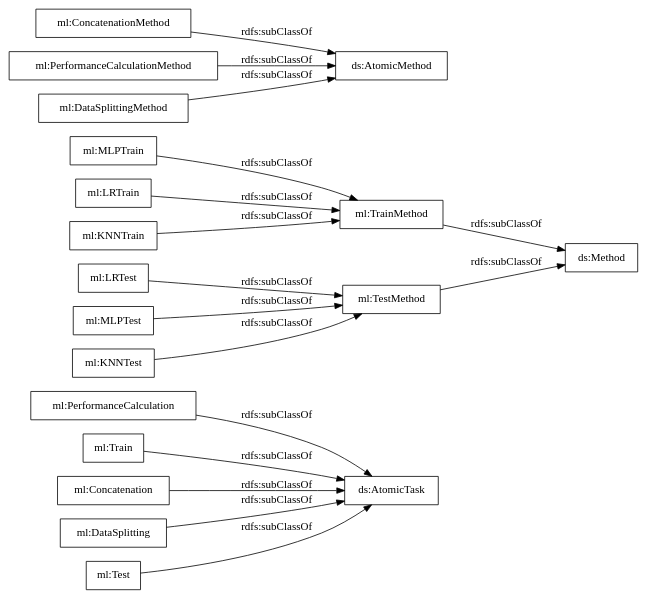
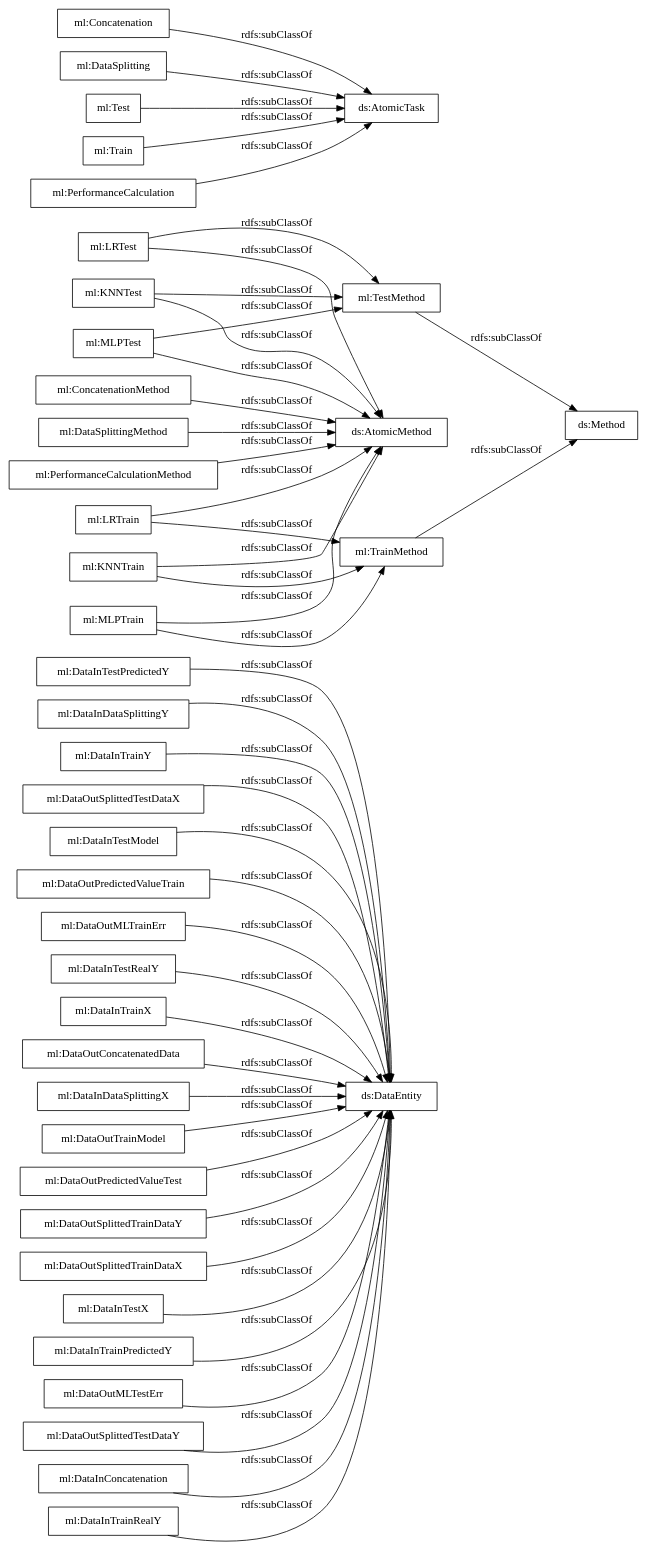
The diagram in OnToology/ml_exeKGOntology.ttl/diagrams/ar2dtool-taxonomy/ml_exeKGOntology.ttl.png.dot (nsai-uio/ExeKGOntology), drawn with Graphviz before and after one commit. The commit also changed 74 other files, not shown here.

```diff
--- a/OnToology/ml_exeKGOntology.ttl/diagrams/ar2dtool-taxonomy/ml_exeKGOntology.ttl.png.dot
+++ b/OnToology/ml_exeKGOntology.ttl/diagrams/ar2dtool-taxonomy/ml_exeKGOntology.ttl.png.dot
@@ -1,22 +1,49 @@
 digraph ar2dtool_diagram { 
 rankdir=LR;
 size="1000"
-node [shape = rectangle, color="black"]; "ml:PerformanceCalculation" "ml:TestMethod" "ml:LRTest" "ml:MLPTest" "ml:MLPTrain" "ml:KNNTest" "ml:TrainMethod" "ml:Train" "ml:Concatenation" "ml:LRTrain" "ml:ConcatenationMethod" "ml:PerformanceCalculationMethod" "ml:DataSplitting" "ml:Test" "ml:KNNTrain" "ml:DataSplittingMethod" ; /*classes style*/
+node [shape = rectangle, color="black"]; "ml:DataInTestPredictedY" "ml:DataInDataSplittingY" "ml:DataInTrainY" "ml:TrainMethod" "ml:DataOutSplittedTestDataX" "ml:PerformanceCalculationMethod" "ml:Concatenation" "ml:ConcatenationMethod" "ml:DataInTestModel" "ml:MLPTest" "ml:DataOutPredictedValueTrain" "ml:DataOutMLTrainErr" "ml:DataInTestRealY" "ml:DataInTrainX" "ml:DataOutConcatenatedData" "ml:DataSplitting" "ml:KNNTest" "ml:Test" "ml:DataInDataSplittingX" "ml:DataSplittingMethod" "ml:Train" "ml:PerformanceCalculation" "ml:DataOutTrainModel" "ml:DataOutPredictedValueTest" "ml:DataOutSplittedTrainDataY" "ml:DataOutSplittedTrainDataX" "ml:LRTest" "ml:DataInTestX" "ml:KNNTrain" "ml:DataInTrainPredictedY" "ml:DataOutMLTestErr" "ml:MLPTrain" "ml:DataOutSplittedTestDataY" "ml:TestMethod" "ml:LRTrain" "ml:DataInConcatenation" "ml:DataInTrainRealY" ; /*classes style*/
+	"ml:DataOutSplittedTrainDataX" -> "ds:DataEntity" [ label = "rdfs:subClassOf" ];
+	"ml:DataInTestModel" -> "ds:DataEntity" [ label = "rdfs:subClassOf" ];
+	"ml:PerformanceCalculation" -> "ds:AtomicTask" [ label = "rdfs:subClassOf" ];
+	"ml:DataOutMLTestErr" -> "ds:DataEntity" [ label = "rdfs:subClassOf" ];
+	"ml:DataOutTrainModel" -> "ds:DataEntity" [ label = "rdfs:subClassOf" ];
+	"ml:DataInTrainX" -> "ds:DataEntity" [ label = "rdfs:subClassOf" ];
+	"ml:LRTrain" -> "ds:AtomicMethod" [ label = "rdfs:subClassOf" ];
+	"ml:LRTrain" -> "ml:TrainMethod" [ label = "rdfs:subClassOf" ];
+	"ml:LRTest" -> "ds:AtomicMethod" [ label = "rdfs:subClassOf" ];
+	"ml:LRTest" -> "ml:TestMethod" [ label = "rdfs:subClassOf" ];
+	"ml:DataOutSplittedTestDataY" -> "ds:DataEntity" [ label = "rdfs:subClassOf" ];
+	"ml:DataInDataSplittingY" -> "ds:DataEntity" [ label = "rdfs:subClassOf" ];
+	"ml:DataInTrainPredictedY" -> "ds:DataEntity" [ label = "rdfs:subClassOf" ];
+	"ml:ConcatenationMethod" -> "ds:AtomicMethod" [ label = "rdfs:subClassOf" ];
+	"ml:Test" -> "ds:AtomicTask" [ label = "rdfs:subClassOf" ];
+	"ml:DataOutSplittedTestDataX" -> "ds:DataEntity" [ label = "rdfs:subClassOf" ];
+	"ml:DataInDataSplittingX" -> "ds:DataEntity" [ label = "rdfs:subClassOf" ];
+	"ml:DataInTestX" -> "ds:DataEntity" [ label = "rdfs:subClassOf" ];
+	"ml:DataInConcatenation" -> "ds:DataEntity" [ label = "rdfs:subClassOf" ];
+	"ml:DataOutPredictedValueTest" -> "ds:DataEntity" [ label = "rdfs:subClassOf" ];
+	"ml:DataInTestRealY" -> "ds:DataEntity" [ label = "rdfs:subClassOf" ];
+	"ml:DataSplitting" -> "ds:AtomicTask" [ label = "rdfs:subClassOf" ];
+	"ml:DataSplittingMethod" -> "ds:AtomicMethod" [ label = "rdfs:subClassOf" ];
+	"ml:DataInTrainRealY" -> "ds:DataEntity" [ label = "rdfs:subClassOf" ];
+	"ml:DataOutMLTrainErr" -> "ds:DataEntity" [ label = "rdfs:subClassOf" ];
+	"ml:KNNTest" -> "ds:AtomicMethod" [ label = "rdfs:subClassOf" ];
+	"ml:KNNTest" -> "ml:TestMethod" [ label = "rdfs:subClassOf" ];
+	"ml:PerformanceCalculationMethod" -> "ds:AtomicMethod" [ label = "rdfs:subClassOf" ];
+	"ml:DataOutPredictedValueTrain" -> "ds:DataEntity" [ label = "rdfs:subClassOf" ];
 	"ml:TrainMethod" -> "ds:Method" [ label = "rdfs:subClassOf" ];
+	"ml:TestMethod" -> "ds:Method" [ label = "rdfs:subClassOf" ];
+	"ml:MLPTest" -> "ds:AtomicMethod" [ label = "rdfs:subClassOf" ];
+	"ml:MLPTest" -> "ml:TestMethod" [ label = "rdfs:subClassOf" ];
+	"ml:DataInTestPredictedY" -> "ds:DataEntity" [ label = "rdfs:subClassOf" ];
+	"ml:DataOutConcatenatedData" -> "ds:DataEntity" [ label = "rdfs:subClassOf" ];
+	"ml:DataOutSplittedTrainDataY" -> "ds:DataEntity" [ label = "rdfs:subClassOf" ];
+	"ml:DataInTrainY" -> "ds:DataEntity" [ label = "rdfs:subClassOf" ];
+	"ml:Train" -> "ds:AtomicTask" [ label = "rdfs:subClassOf" ];
+	"ml:MLPTrain" -> "ds:AtomicMethod" [ label = "rdfs:subClassOf" ];
+	"ml:MLPTrain" -> "ml:TrainMethod" [ label = "rdfs:subClassOf" ];
+	"ml:Concatenation" -> "ds:AtomicTask" [ label = "rdfs:subClassOf" ];
+	"ml:KNNTrain" -> "ds:AtomicMethod" [ label = "rdfs:subClassOf" ];
 	"ml:KNNTrain" -> "ml:TrainMethod" [ label = "rdfs:subClassOf" ];
-	"ml:PerformanceCalculationMethod" -> "ds:AtomicMethod" [ label = "rdfs:subClassOf" ];
-	"ml:DataSplittingMethod" -> "ds:AtomicMethod" [ label = "rdfs:subClassOf" ];
-	"ml:MLPTest" -> "ml:TestMethod" [ label = "rdfs:subClassOf" ];
-	"ml:DataSplitting" -> "ds:AtomicTask" [ label = "rdfs:subClassOf" ];
-	"ml:Test" -> "ds:AtomicTask" [ label = "rdfs:subClassOf" ];
-	"ml:ConcatenationMethod" -> "ds:AtomicMethod" [ label = "rdfs:subClassOf" ];
-	"ml:PerformanceCalculation" -> "ds:AtomicTask" [ label = "rdfs:subClassOf" ];
-	"ml:Concatenation" -> "ds:AtomicTask" [ label = "rdfs:subClassOf" ];
-	"ml:KNNTest" -> "ml:TestMethod" [ label = "rdfs:subClassOf" ];
-	"ml:Train" -> "ds:AtomicTask" [ label = "rdfs:subClassOf" ];
-	"ml:TestMethod" -> "ds:Method" [ label = "rdfs:subClassOf" ];
-	"ml:MLPTrain" -> "ml:TrainMethod" [ label = "rdfs:subClassOf" ];
-	"ml:LRTest" -> "ml:TestMethod" [ label = "rdfs:subClassOf" ];
-	"ml:LRTrain" -> "ml:TrainMethod" [ label = "rdfs:subClassOf" ];
 
 }
```
